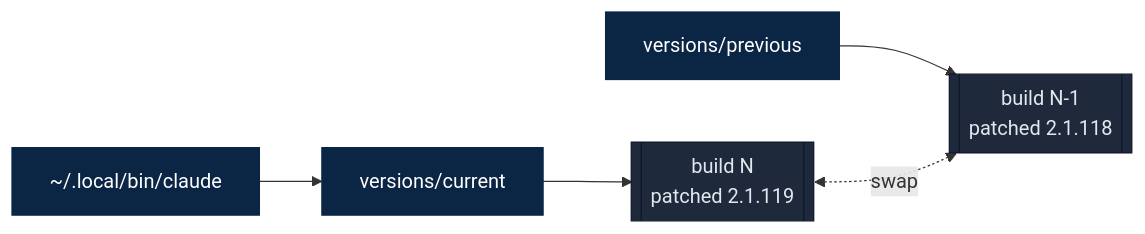
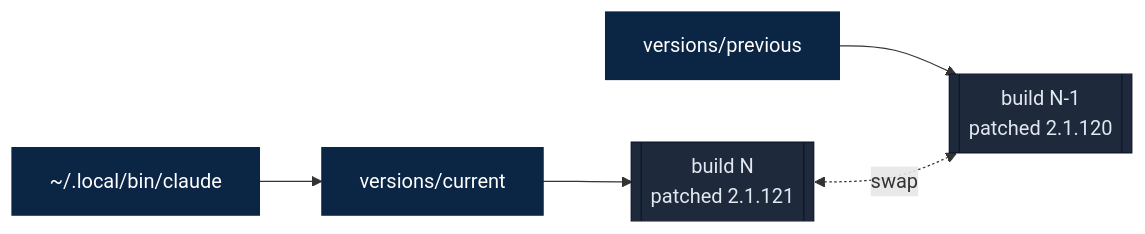
One commit to camjac251/cc-enhanced changed the second of 3 diagrams in README.md. Above: the diagram before and after it, drawn with Mermaid. The commit also changed other lines of this file, not shown here.

````diff
--- a/README.md
+++ b/README.md
@@ -70,13 +70,13 @@
 ```mermaid
 flowchart LR
     Launcher["~/.local/bin/claude"] --> Current["versions/current"]
     Previous["versions/previous"]
-    Current --> NewBuild[["build N<br/>patched 2.1.119"]]
-    Previous --> OldBuild[["build N-1<br/>patched 2.1.118"]]
+    Current --> NewBuild[["build N<br/>patched 2.1.121"]]
+    Previous --> OldBuild[["build N-1<br/>patched 2.1.120"]]
     NewBuild <-. swap .-> OldBuild
 
     classDef sym fill:#0b2545,stroke:#0b2545,color:#fff
     classDef build fill:#1e293b,stroke:#0f172a,color:#e2e8f0
     class Launcher,Current,Previous sym
     class NewBuild,OldBuild build
 ```
````
